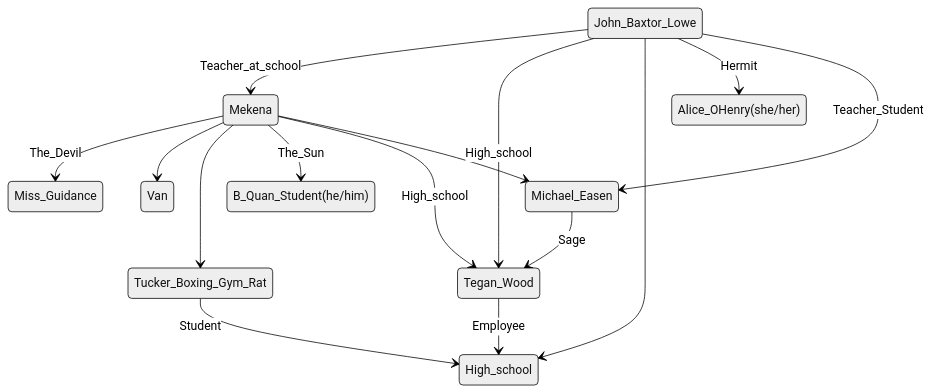
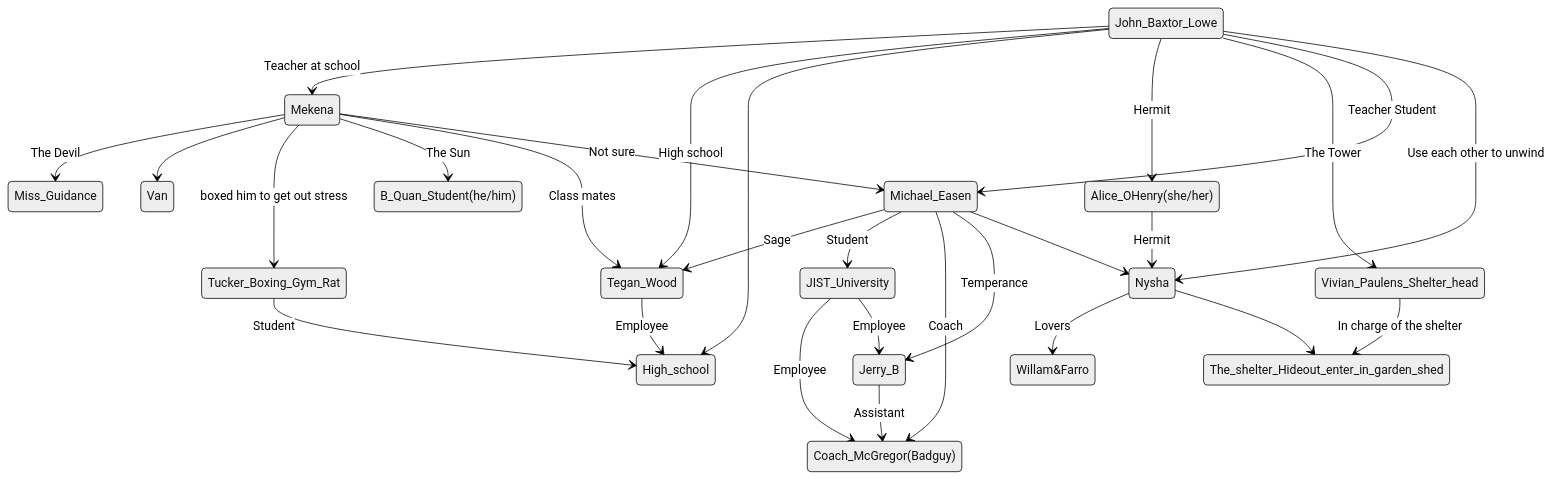
One commit to Ollec/VoidheartSymphony_relationship changed the diagram in README.md. Above: the diagram before and after it, drawn with Mermaid (neutral theme). The commit also changed other lines of this file, not shown here.

Commit message:
Update README.md
Maybe have all the things.

````diff
--- a/README.md
+++ b/README.md
@@ -4,17 +7,30 @@
 ```mermaid
 stateDiagram-v2
-     Mekena --> Miss_Guidance : The_Devil
+     Mekena --> Miss_Guidance : The Devil
      Mekena --> Van
-     Mekena --> Tucker_Boxing_Gym_Rat
-     Mekena --> B_Quan_Student(he/him) : The_Sun
-     John_Baxtor_Lowe --> Mekena : Teacher_at_school
-     John_Baxtor_Lowe --> Tegan_Wood : High_school
+     Mekena --> Tucker_Boxing_Gym_Rat : boxed him to get out stress
+     Mekena --> B_Quan_Student(he/him) : The Sun
+     John_Baxtor_Lowe --> Mekena : Teacher at school
+     John_Baxtor_Lowe --> Tegan_Wood : High school
      John_Baxtor_Lowe --> High_school
-     Mekena --> Tegan_Wood : High_school
+     Mekena --> Tegan_Wood : Class mates
      Tucker_Boxing_Gym_Rat --> High_school : Student
      Tegan_Wood --> High_school : Employee
      John_Baxtor_Lowe --> Alice_OHenry(she/her) : Hermit
-     John_Baxtor_Lowe --> Michael_Easen : Teacher_Student
-     Mekena --> Michael_Easen 
+     John_Baxtor_Lowe --> Vivian_Paulens_Shelter_head : The Tower
+     Vivian_Paulens_Shelter_head --> The_shelter_Hideout_enter_in_garden_shed : In charge of the shelter
+     Alice_OHenry(she/her) --> Nysha : Hermit
+     John_Baxtor_Lowe --> Michael_Easen : Teacher Student
+     Mekena --> Michael_Easen : Not sure
      Michael_Easen --> Tegan_Wood : Sage
+     Michael_Easen --> JIST_University : Student
+     Michael_Easen --> Coach_McGregor(Badguy) : Coach
+     Michael_Easen --> Jerry_B : Temperance
+     JIST_University --> Coach_McGregor(Badguy) : Employee
+     Jerry_B --> Coach_McGregor(Badguy) : Assistant
+     JIST_University --> Jerry_B : Employee
+     Michael_Easen --> Nysha
+     Nysha --> Willam&Farro : Lovers
+     John_Baxtor_Lowe --> Nysha : Use each other to unwind
+     Nysha --> The_shelter_Hideout_enter_in_garden_shed
 ```
````
